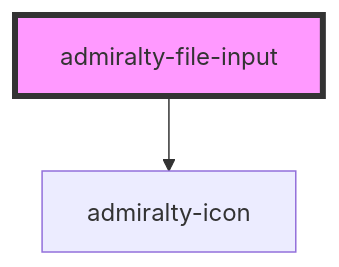
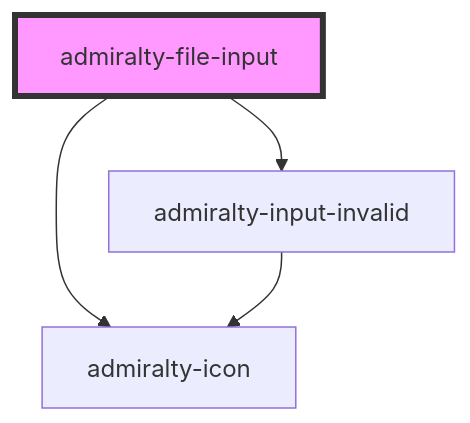
One commit to UKHO/admiralty-design-system changed the diagram in packages/core/src/components/file-input/readme.md. Above: the diagram before and after it, drawn with Mermaid. The commit also changed other lines of this file and 7 other files, not shown here.

Commit message:
Add invalid and invalidMessage to File Input and remove layout bottom margin

````diff
--- a/packages/core/src/components/file-input/readme.md
+++ b/packages/core/src/components/file-input/readme.md
@@ -30,5 +33,7 @@
 ```mermaid
 graph TD;
   admiralty-file-input --> admiralty-icon
+  admiralty-file-input --> admiralty-input-invalid
+  admiralty-input-invalid --> admiralty-icon
   style admiralty-file-input fill:#f9f,stroke:#333,stroke-width:4px
 ```
````
